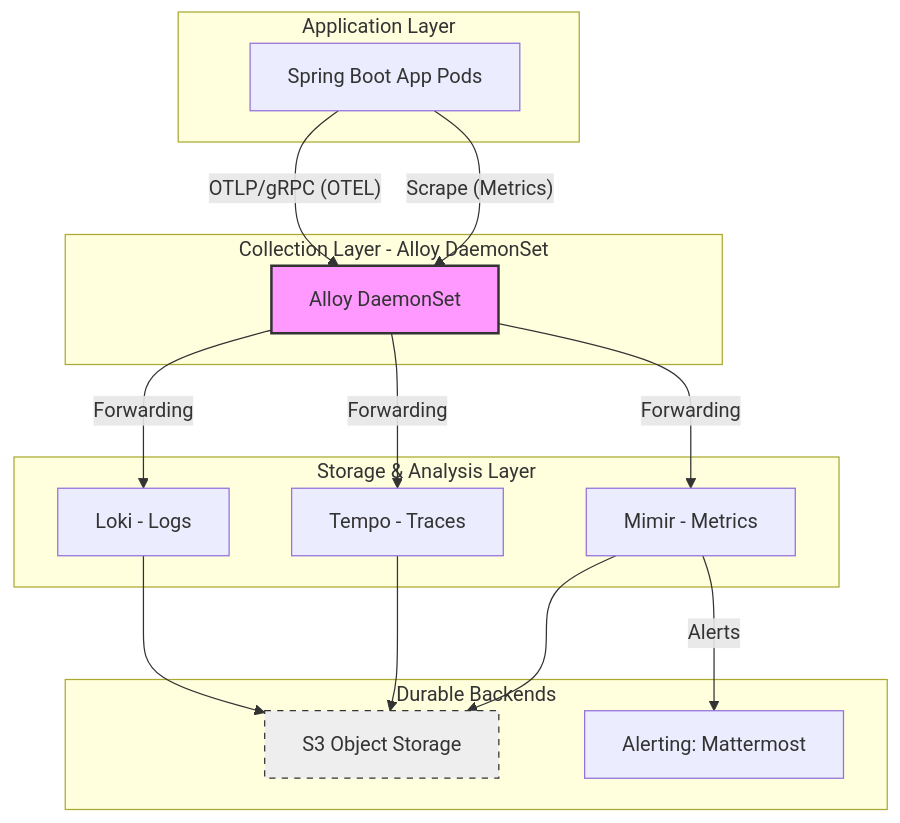
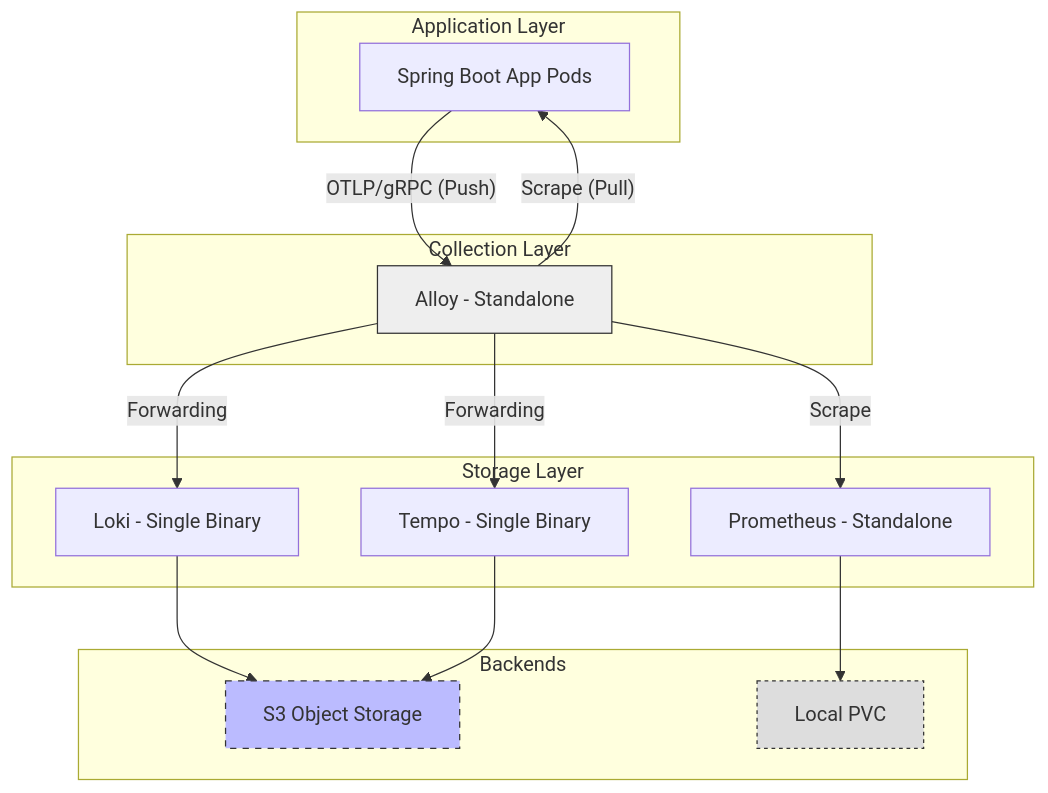
One commit to bwgjoseph/spring-boot-lgtm changed the first of 2 diagrams in ARCHITECTURE.md. Above: the diagram before and after it, drawn with Mermaid. The commit also changed other lines of this file and 6 other files, not shown here.

````diff
--- a/ARCHITECTURE.md
+++ b/ARCHITECTURE.md
@@ -9,37 +29,36 @@
 ```mermaid
 graph TD
     subgraph Apps [Application Layer]
         App1[Spring Boot App Pods]
     end
 
-    subgraph Collection [Collection Layer - Alloy DaemonSet]
-        Alloy[Alloy DaemonSet]
+    subgraph Collection [Collection Layer]
+        AlloyDev[Alloy - Standalone]
     end
 
-    subgraph Storage [Storage & Analysis Layer]
-        Loki[Loki - Logs]
-        Tempo[Tempo - Traces]
-        Mimir[Mimir - Metrics]
+    subgraph Storage [Storage Layer]
+        LokiDev[Loki - Single Binary]
+        TempoDev[Tempo - Single Binary]
+        MimirDev[Prometheus - Standalone]
     end
 
-    subgraph Backends [Durable Backends]
+    subgraph Backends [Backends]
         S3[S3 Object Storage]
-        Mattermost[Alerting: Mattermost]
+        PVC[Local PVC]
     end
 
-    App1 -- "OTLP/gRPC (OTEL)" --> Alloy
-    App1 -- "Scrape (Metrics)" --> Alloy
+    App1 -- "OTLP/gRPC (Push)" --> AlloyDev
+    AlloyDev -- "Scrape (Pull)" --> App1
     
-    Alloy -- "Forwarding" --> Loki
-    Alloy -- "Forwarding" --> Tempo
-    Alloy -- "Forwarding" --> Mimir
+    AlloyDev -- "Forwarding" --> LokiDev
+    AlloyDev -- "Forwarding" --> TempoDev
+    AlloyDev -- "Scrape" --> MimirDev
 
-    Loki --> S3
-    Tempo --> S3
-    Mimir --> S3
+    LokiDev --> S3
+    TempoDev --> S3
+    MimirDev --> PVC
 
-    Mimir -- "Alerts" --> Mattermost
-
-    style Alloy fill:#f9f,stroke:#333,stroke-width:2px
-    style S3 fill:#eee,stroke:#333,stroke-dasharray: 5 5
+    style AlloyDev fill:#eee,stroke:#333
+    style S3 fill:#bbf,stroke:#333,stroke-dasharray: 5 5
+    style PVC fill:#ddd,stroke:#333,stroke-dasharray: 3 3
 ```
````
